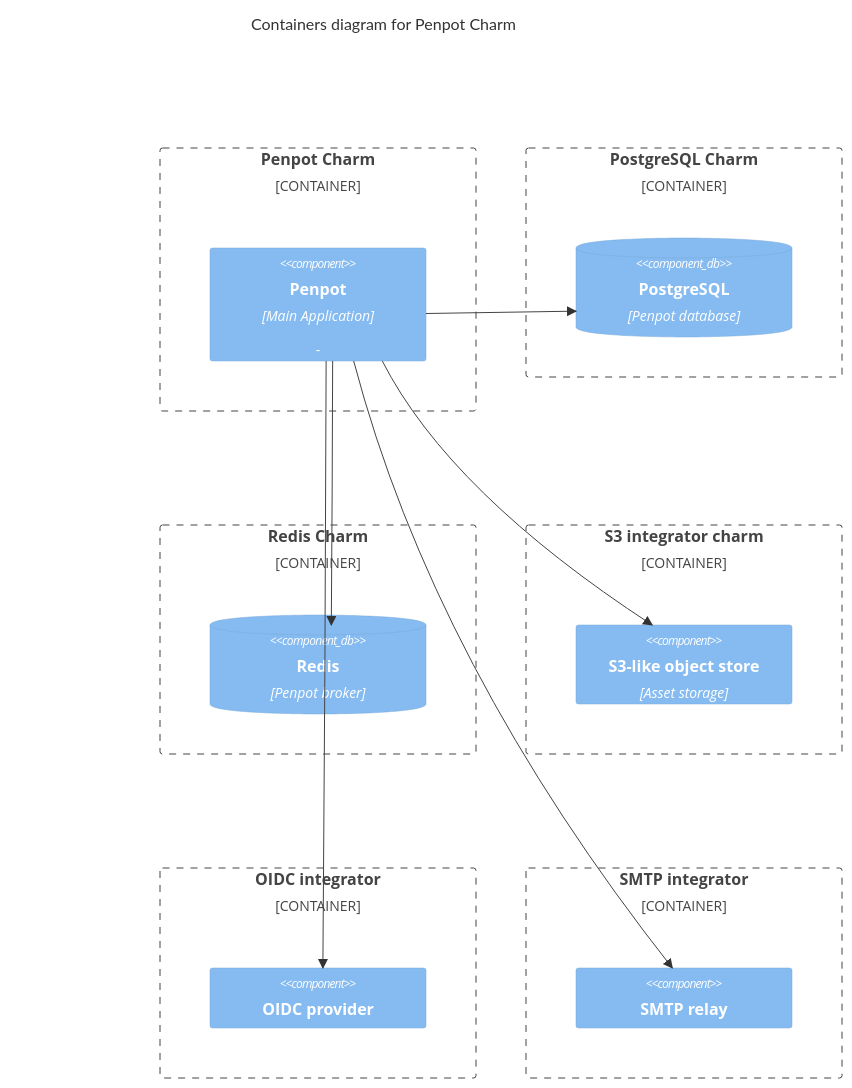
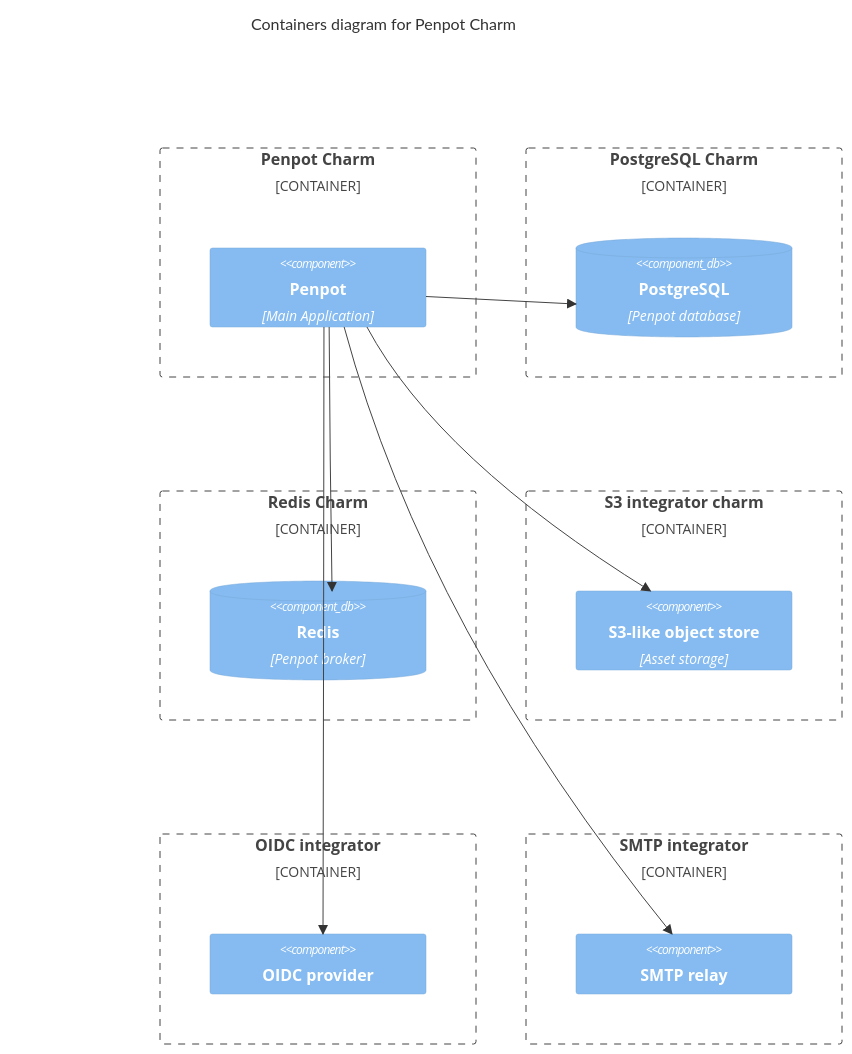
Before and after one commit to canonical/penpot-operator: the first of 2 diagrams in docs/explanation/charm-architecture.md, drawn with Mermaid. The commit also changed other lines of this file, not shown here.

````diff
--- a/docs/explanation/charm-architecture.md
+++ b/docs/explanation/charm-architecture.md
@@ -12,38 +12,38 @@
 ```mermaid
 C4Context
 title Containers diagram for Penpot Charm
 
 Container_Boundary(penpot, "Penpot Charm") {
   
-  Component(penpot, "Penpot", "Main Application", "-")
+  Component(penpot, "Penpot", "Main Application", "")
   
 }
 
 Container_Boundary(postgresql, "PostgreSQL Charm") {
     ComponentDb(penpot-database, "PostgreSQL", "Penpot database", "")
 }
 
 Container_Boundary(redis, "Redis Charm") {
     ComponentDb(penpot-broker, "Redis", "Penpot broker","")
 }
 
 Container_Boundary(s3, "S3 integrator charm") {
     Component(s3-integrator, "S3-like object store", "Asset storage")
 }
 
 Container_Boundary(oidc, "OIDC integrator") {
     Component(oidc, "OIDC provider", "","")
 }
 
 
 Container_Boundary(smtp, "SMTP integrator") {
     Component(smtp, "SMTP relay", "","")
 }
 
 Rel(penpot, penpot-database, "")
 Rel(penpot, penpot-broker, "")
 Rel(penpot, s3-integrator, "")
 Rel_D(penpot, oidc, "")
 Rel_D(penpot, smtp, "")
 
 ```
````
